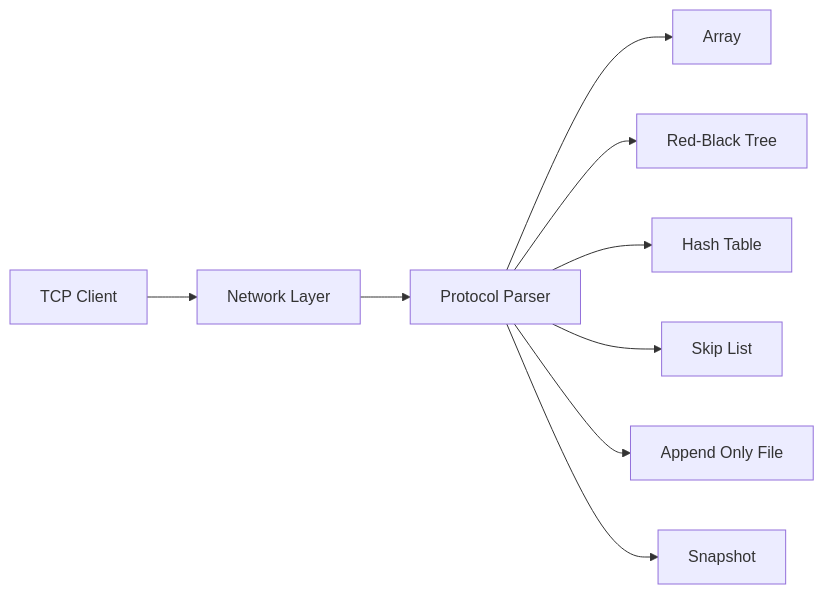
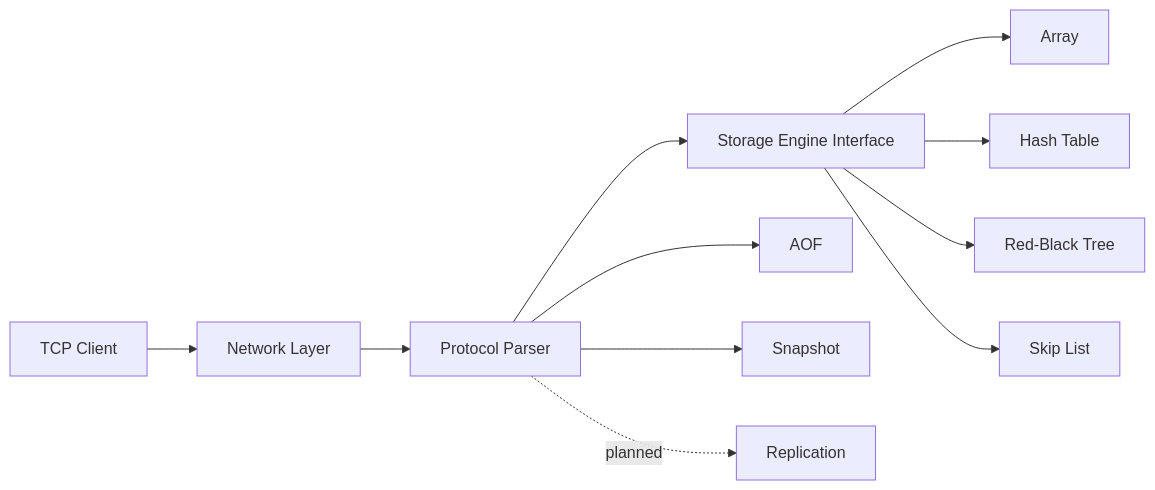
Before and after one commit to JasperStonnne/91kvstore: the first of 2 diagrams in README.md, drawn with Mermaid. The commit also changed other lines of this file, not shown here.

````diff
--- a/README.md
+++ b/README.md
@@ -47,11 +55,13 @@
 ```mermaid
 flowchart LR
     C[TCP Client] --> N[Network Layer]
     N --> P[Protocol Parser]
-    P --> A[Array]
-    P --> R[Red-Black Tree]
-    P --> H[Hash Table]
-    P --> S[Skip List]
-    P --> L[Append Only File]
+    P --> E[Storage Engine Interface]
+    E --> A[Array]
+    E --> H[Hash Table]
+    E --> R[Red-Black Tree]
+    E --> S[Skip List]
+    P --> L[AOF]
     P --> D[Snapshot]
+    P -. planned .-> Rep[Replication]
 ```
````
